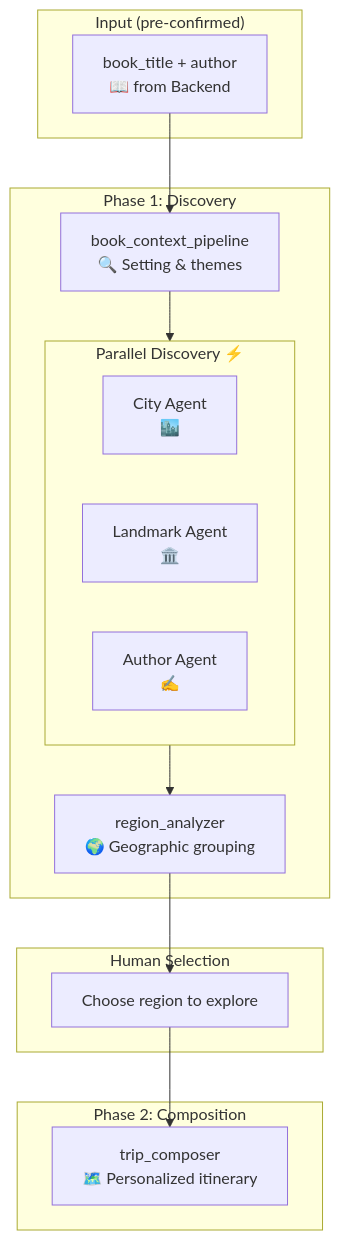
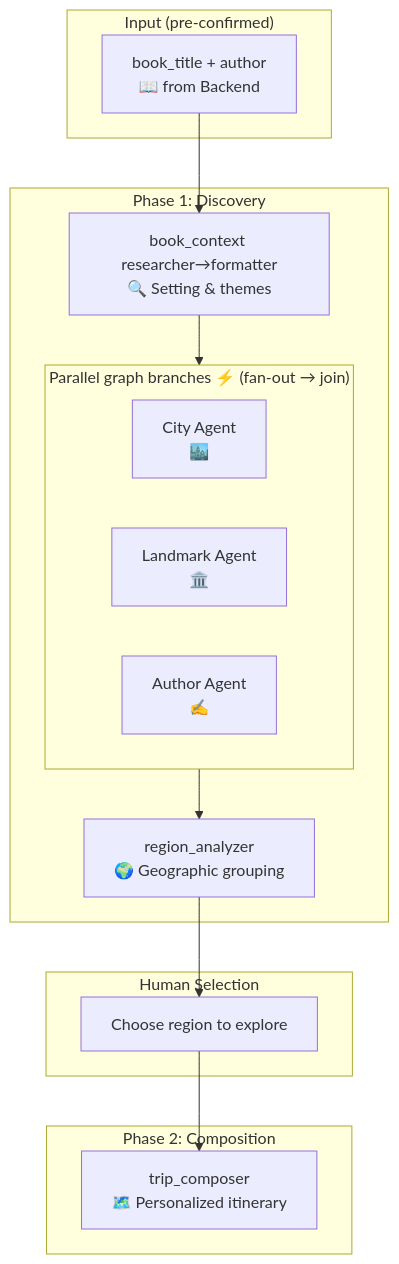
Before and after one commit to o-ostrovskiy/storyland-ai: the diagram in README.md, drawn with Mermaid. The commit also changed 20 other files, not shown here.

````diff
--- a/README.md
+++ b/README.md
@@ -88,31 +88,31 @@
 ```mermaid
 flowchart TB
     subgraph Input["Input (pre-confirmed)"]
         DTO[book_title + author<br/>📖 from Backend]
     end
 
     subgraph Phase1["Phase 1: Discovery"]
-        BC[book_context_pipeline<br/>🔍 Setting & themes]
+        BC[book_context researcher→formatter<br/>🔍 Setting & themes]
 
-        subgraph PD["Parallel Discovery ⚡"]
+        subgraph PD["Parallel graph branches ⚡ (fan-out → join)"]
             CP[City Agent<br/>🏙️]
             LP[Landmark Agent<br/>🏛️]
             AP[Author Agent<br/>✍️]
         end
 
         BC --> PD
         PD --> RA[region_analyzer<br/>🌍 Geographic grouping]
     end
 
     subgraph HITL["Human Selection"]
         Select[Choose region to explore]
     end
 
     subgraph Phase2["Phase 2: Composition"]
         TC[trip_composer<br/>🗺️ Personalized itinerary]
     end
 
     DTO --> BC
     RA --> Select
     Select --> TC
 ```
````
